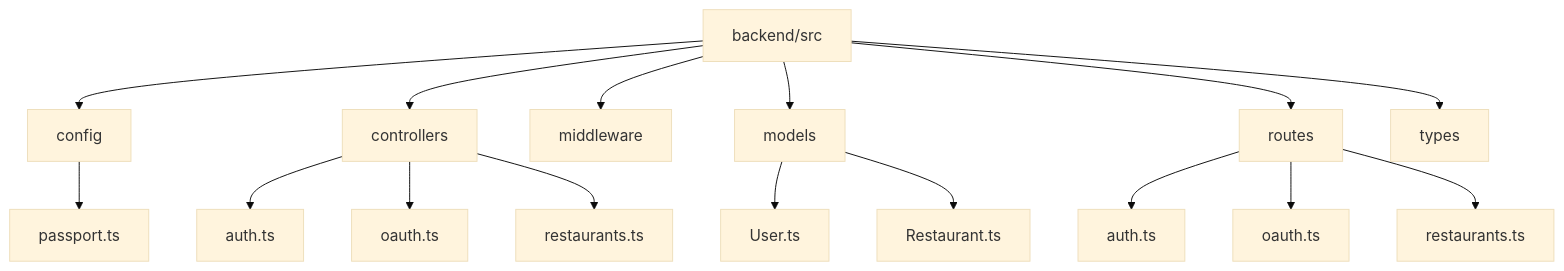
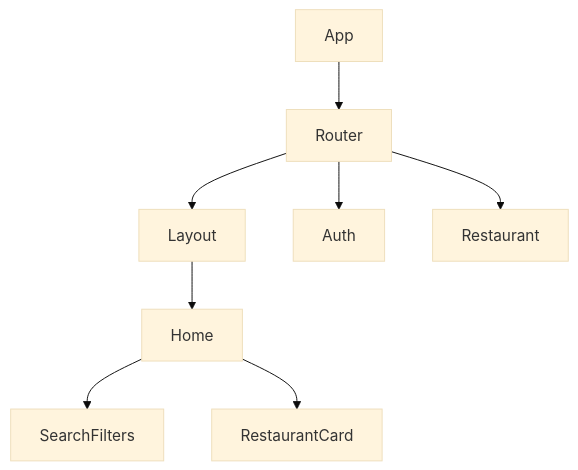
The first of 2 diagrams in docs/Architecture.md (nabz0r/SkanusSpot), drawn with Mermaid (base theme) before and after one commit. The commit also changed other lines of this file and 2 other files, not shown here.

Commit message:
Ajout docs installation et mise à jour architecture

````diff
--- a/docs/Architecture.md
+++ b/docs/Architecture.md
@@ -4,18 +4,10 @@
 ```mermaid
-graph TD
-A[backend/src] --> B[config]
-A --> C[controllers]
-A --> D[middleware]
-A --> E[models]
-A --> F[routes]
-A --> G[types]
-B --> H[passport.ts]
-C --> I[auth.ts]
-C --> J[oauth.ts]
-C --> K[restaurants.ts]
-E --> L[User.ts]
-E --> M[Restaurant.ts]
-F --> N[auth.ts]
-F --> O[oauth.ts]
-F --> P[restaurants.ts]
+flowchart TD
+    A[App] --> B[Router]
+    B --> C[Layout]
+    C --> D[Home]
+    D --> E[SearchFilters]
+    D --> F[RestaurantCard]
+    B --> G[Auth]
+    B --> H[Restaurant]
 ```
````
